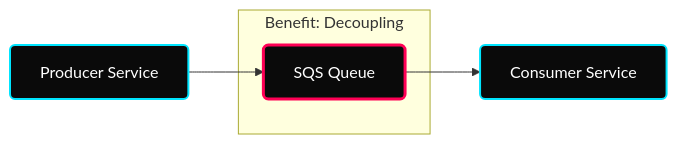
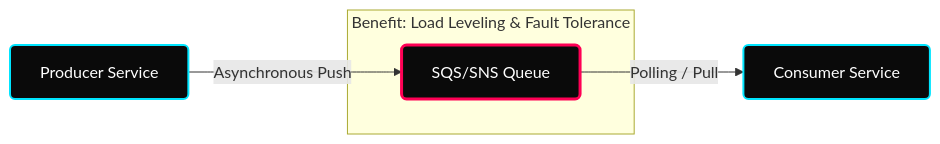
Before and after one commit to hridyen/DevOps-Survival-Roadmap: the first of 2 diagrams in Week-13-AWS-Messaging-and-Containers/Messaging-SQS-SNS-Kinesis/notes.md, drawn with Mermaid. The commit also changed other lines of this file and 10 other files, not shown here.

````diff
--- a/Week-13-AWS-Messaging-and-Containers/Messaging-SQS-SNS-Kinesis/notes.md
+++ b/Week-13-AWS-Messaging-and-Containers/Messaging-SQS-SNS-Kinesis/notes.md
@@ -17,12 +17,12 @@
 ```mermaid
 graph LR
     classDef default fill:#0A0A0A,stroke:#00E5FF,stroke-width:2px,color:#FFFFFF,rx:5px,ry:5px;
     classDef highlight fill:#0A0A0A,stroke:#FF0055,stroke-width:3px,color:#FFFFFF,rx:5px,ry:5px;
 
-    A[Producer Service] --> B[SQS Queue]:::highlight
-    B --> C[Consumer Service]
+    A[Producer Service] -- "Asynchronous Push" --> B[SQS/SNS Queue]:::highlight
+    B -- "Polling / Pull" --> C[Consumer Service]
     
-    subgraph "Benefit: Decoupling"
+    subgraph "Benefit: Load Leveling & Fault Tolerance"
     B
     end
 ```
````
